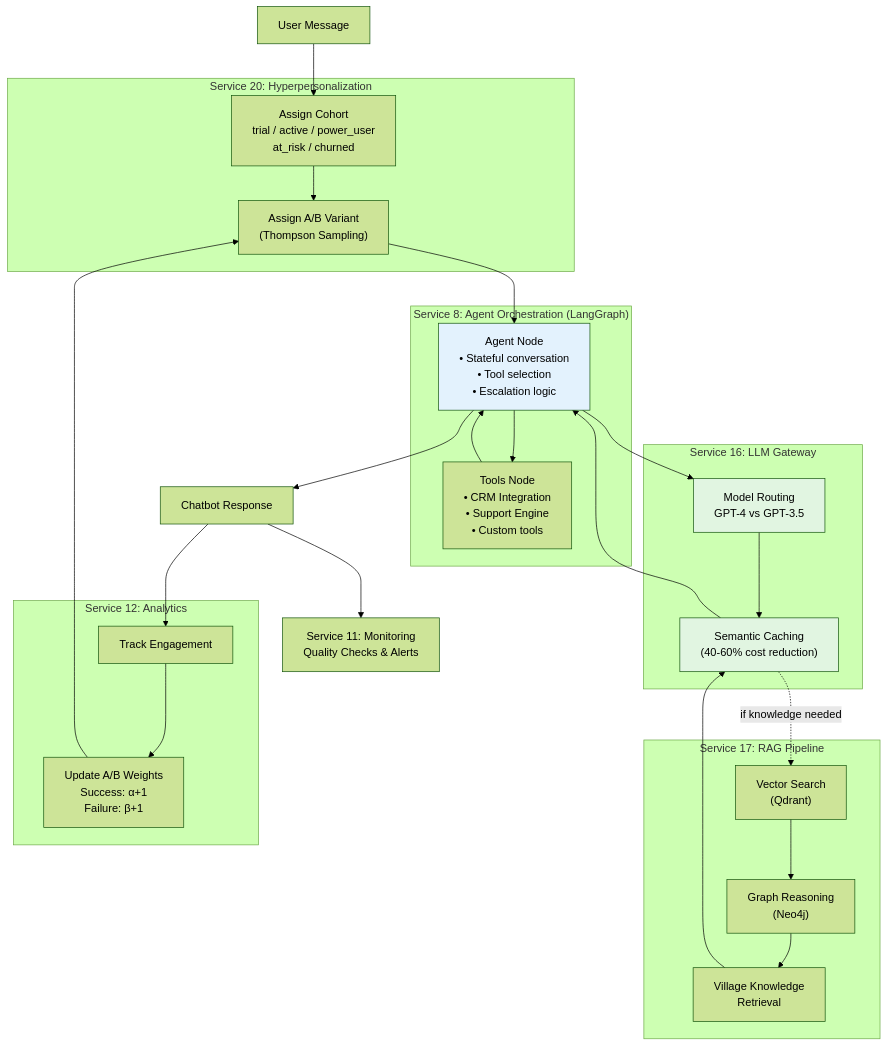
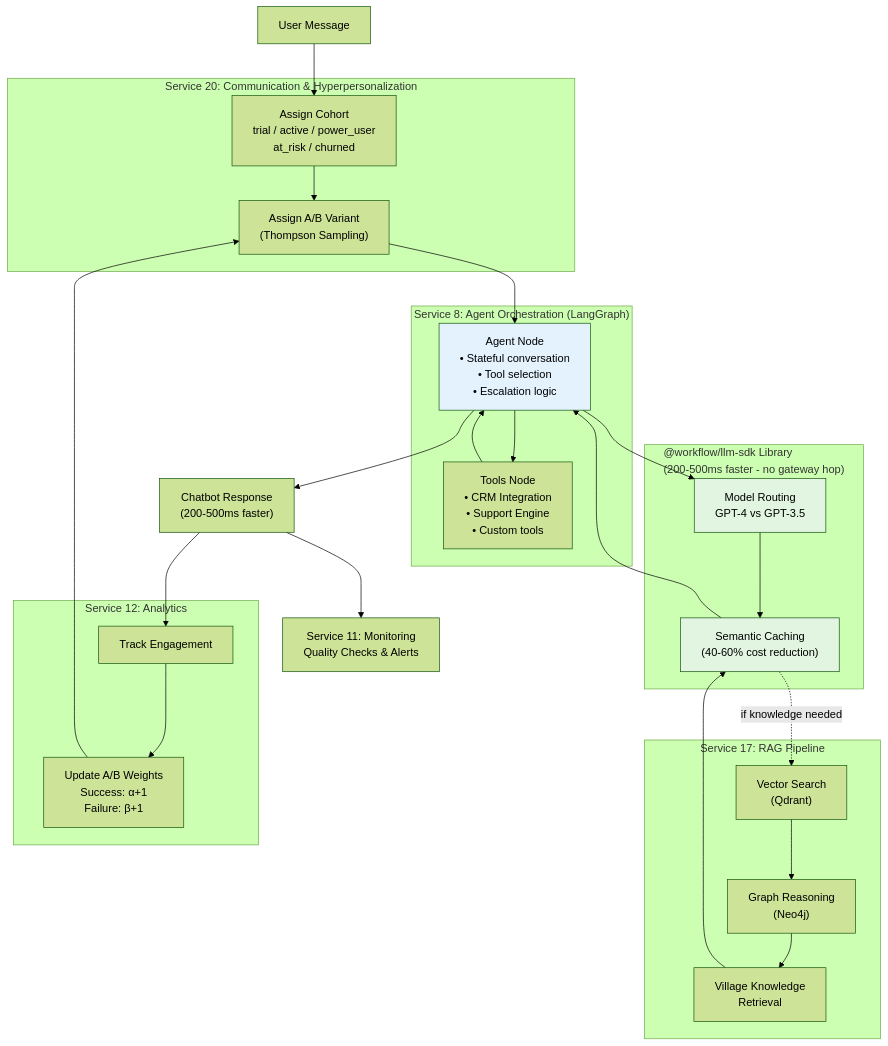
One commit to pupiltree/workflow-automation changed the sixth of 13 diagrams in docs/workflows/WORKFLOW_DIAGRAMS.md. Above: the diagram before and after it, drawn with Mermaid (forest theme). The commit also changed other lines of this file and 1 other file, not shown here.

````diff
--- a/docs/workflows/WORKFLOW_DIAGRAMS.md
+++ b/docs/workflows/WORKFLOW_DIAGRAMS.md
@@ -276,56 +272,56 @@
 ```mermaid
 flowchart TB
     User["User Message"]
 
-    subgraph Personalization["Service 20: Hyperpersonalization"]
+    subgraph Personalization["Service 20: Communication & Hyperpersonalization"]
         Cohort["Assign Cohort<br/>trial / active / power_user<br/>at_risk / churned"]
         Variant["Assign A/B Variant<br/>(Thompson Sampling)"]
     end
 
     subgraph Service8["Service 8: Agent Orchestration (LangGraph)"]
         Agent["Agent Node<br/>• Stateful conversation<br/>• Tool selection<br/>• Escalation logic"]
         Tools["Tools Node<br/>• CRM Integration<br/>• Support Engine<br/>• Custom tools"]
     end
 
-    subgraph Service16["Service 16: LLM Gateway"]
+    subgraph LLMSDK["@workflow/llm-sdk Library<br/>(200-500ms faster - no gateway hop)"]
         Route["Model Routing<br/>GPT-4 vs GPT-3.5"]
         Cache["Semantic Caching<br/>(40-60% cost reduction)"]
     end
 
     subgraph Service17["Service 17: RAG Pipeline"]
         Vector["Vector Search<br/>(Qdrant)"]
         Graph["Graph Reasoning<br/>(Neo4j)"]
         Knowledge["Village Knowledge<br/>Retrieval"]
     end
 
-    Response["Chatbot Response"]
+    Response["Chatbot Response<br/>(200-500ms faster)"]
 
     subgraph Analytics["Service 12: Analytics"]
         Track["Track Engagement"]
         UpdateWeights["Update A/B Weights<br/>Success: α+1<br/>Failure: β+1"]
     end
 
     Monitor["Service 11: Monitoring<br/>Quality Checks & Alerts"]
 
     User --> Cohort
     Cohort --> Variant
     Variant --> Agent
     Agent --> Route
     Route --> Cache
     Cache -.->|if knowledge needed| Vector
     Vector --> Graph
     Graph --> Knowledge
     Knowledge --> Cache
     Cache --> Agent
     Agent --> Tools
     Tools --> Agent
     Agent --> Response
     Response --> Track
     Track --> UpdateWeights
     UpdateWeights --> Variant
     Response --> Monitor
 
     style Agent fill:#e3f2fd
     style Route fill:#e1f5e1
     style Cache fill:#e1f5e1
 ```
````
